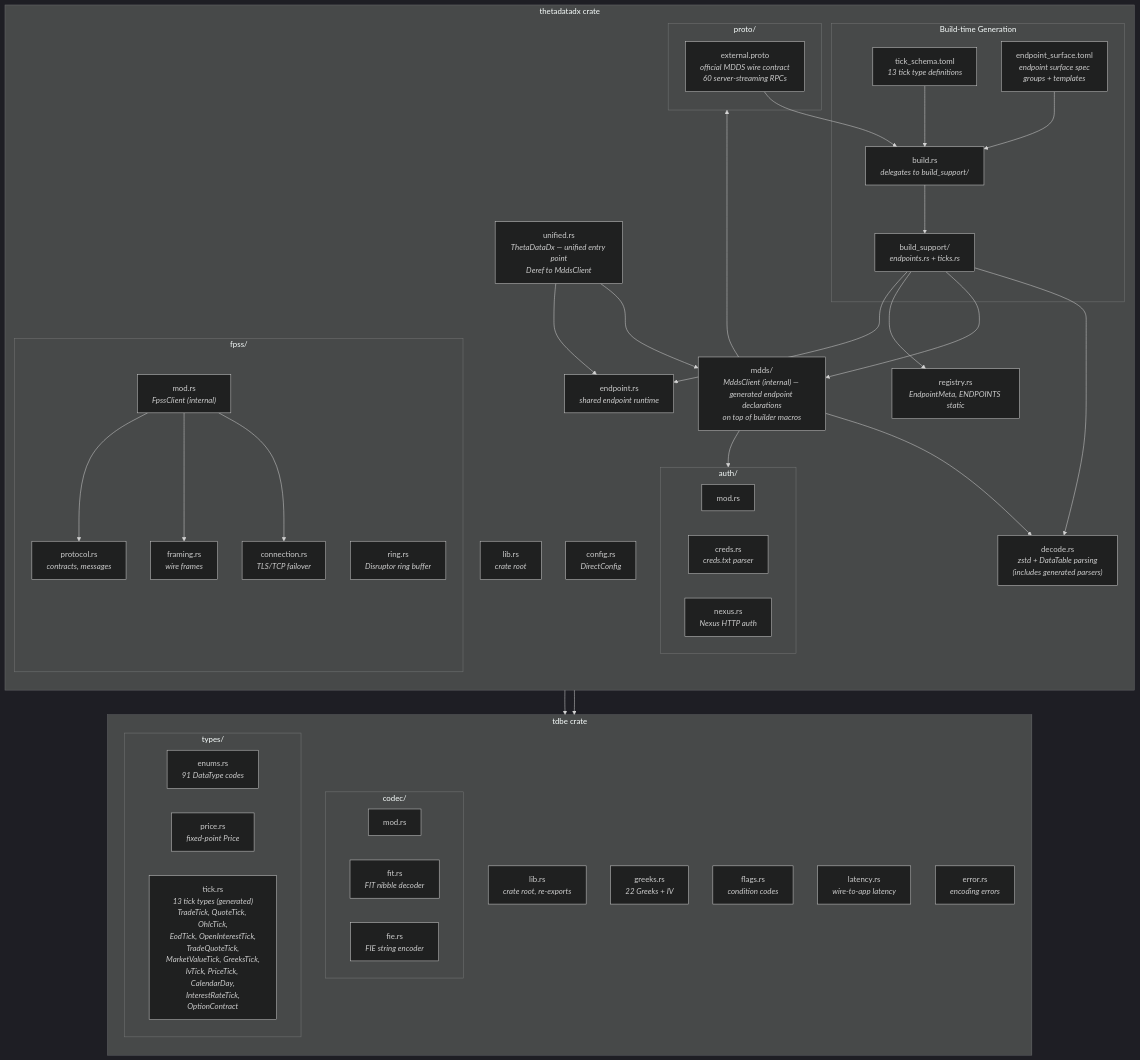
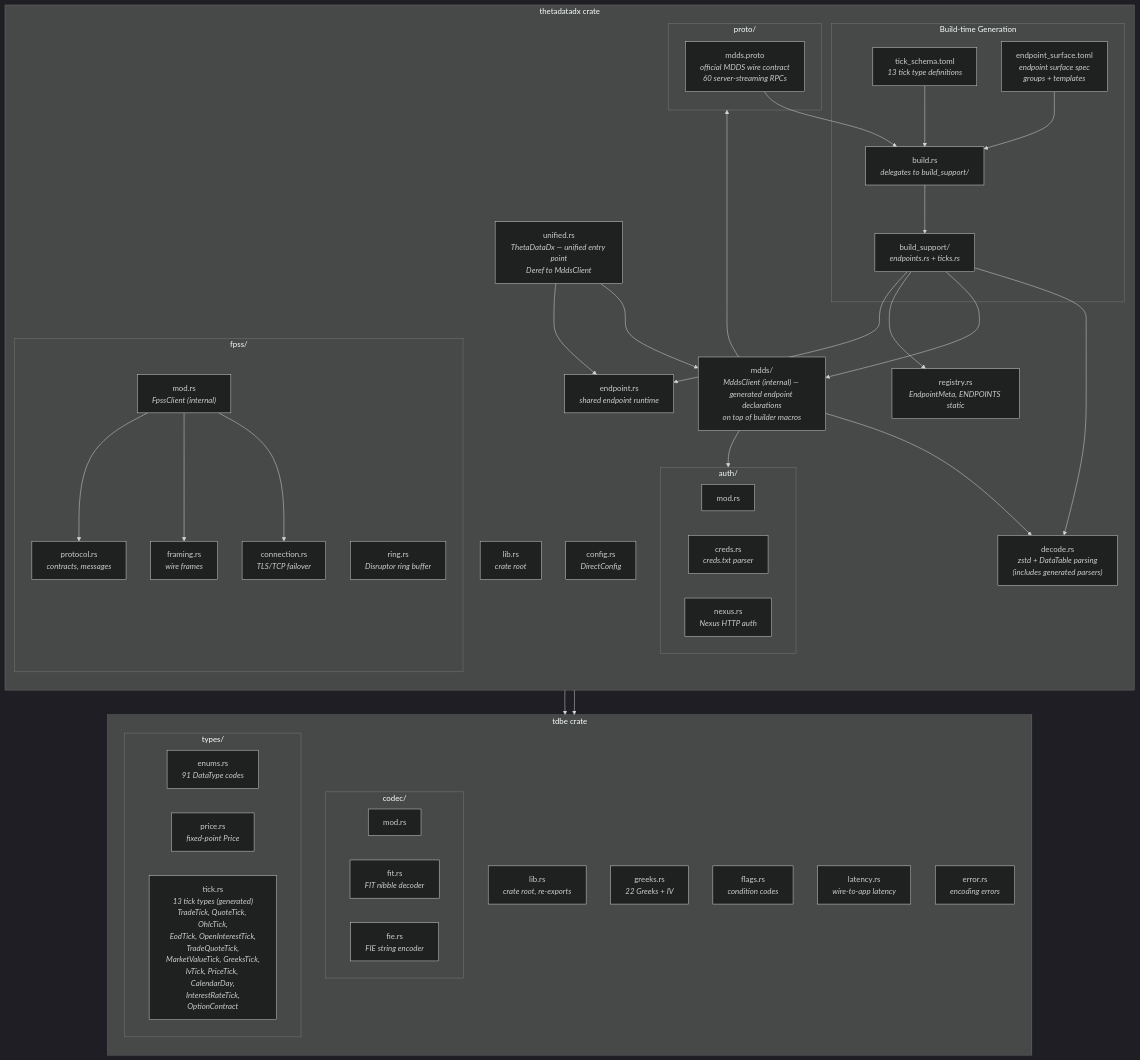
Diagram 15 of 15 in docs/architecture.md (userFRM/ThetaDataDx), drawn with Mermaid (dark theme) before and after one commit. The commit also changed other lines of this file and 16 other files, not shown here.

First line of the commit message:
refactor: rename external.proto -> mdds.proto (+ naming audit) (#385)

````diff
--- a/docs/architecture.md
+++ b/docs/architecture.md
@@ -510,80 +510,80 @@
 ```mermaid
 graph TD
     subgraph "tdbe crate"
         direction TB
         TDBE_LIB["lib.rs<br/><i>crate root, re-exports</i>"]
 
         subgraph tdbe_codec["codec/"]
             C_MOD["mod.rs"]
             C_FIT["fit.rs<br/><i>FIT nibble decoder</i>"]
             C_FIE["fie.rs<br/><i>FIE string encoder</i>"]
         end
 
         subgraph tdbe_types["types/"]
             T_ENUM["enums.rs<br/><i>91 DataType codes</i>"]
             T_PRICE["price.rs<br/><i>fixed-point Price</i>"]
             T_TICK["tick.rs<br/><i>13 tick types (generated)<br/>TradeTick, QuoteTick, OhlcTick,<br/>EodTick, OpenInterestTick,<br/>TradeQuoteTick,<br/>MarketValueTick, GreeksTick,<br/>IvTick, PriceTick, CalendarDay,<br/>InterestRateTick,<br/>OptionContract</i>"]
         end
 
         TDBE_GREEKS["greeks.rs<br/><i>22 Greeks + IV</i>"]
         TDBE_FLAGS["flags.rs<br/><i>condition codes</i>"]
         TDBE_LATENCY["latency.rs<br/><i>wire-to-app latency</i>"]
         TDBE_ERROR["error.rs<br/><i>encoding errors</i>"]
     end
 
     subgraph "thetadatadx crate"
         direction TB
         LIB["lib.rs<br/><i>crate root</i>"]
 
         subgraph auth["auth/"]
             A_MOD["mod.rs"]
             A_CREDS["creds.rs<br/><i>creds.txt parser</i>"]
             A_NEXUS["nexus.rs<br/><i>Nexus HTTP auth</i>"]
         end
 
         subgraph fpss["fpss/"]
             F_MOD["mod.rs<br/><i>FpssClient (internal)</i>"]
             F_CONN["connection.rs<br/><i>TLS/TCP failover</i>"]
             F_FRAME["framing.rs<br/><i>wire frames</i>"]
             F_PROTO["protocol.rs<br/><i>contracts, messages</i>"]
             F_RING["ring.rs<br/><i>Disruptor ring buffer</i>"]
         end
 
         UNIFIED["unified.rs<br/><i>ThetaDataDx — unified entry point<br/>Deref to MddsClient</i>"]
         DIRECT["mdds/<br/><i>MddsClient (internal) — generated endpoint declarations<br/>on top of builder macros</i>"]
         ENDPOINT_RT["endpoint.rs<br/><i>shared endpoint runtime</i>"]
         CONFIG["config.rs<br/><i>DirectConfig</i>"]
         DECODE["decode.rs<br/><i>zstd + DataTable parsing<br/>(includes generated parsers)</i>"]
         REGISTRY["registry.rs<br/><i>EndpointMeta, ENDPOINTS static</i>"]
 
         subgraph codegen["Build-time Generation"]
             SCHEMA["tick_schema.toml<br/><i>13 tick type definitions</i>"]
             SURFACE["endpoint_surface.toml<br/><i>endpoint surface spec<br/>groups + templates</i>"]
             BUILD["build.rs<br/><i>delegates to build_support/</i>"]
             SUPPORT["build_support/<br/><i>endpoints.rs + ticks.rs</i>"]
         end
 
         subgraph proto["proto/"]
-            P_EXT["external.proto<br/><i>official MDDS wire contract<br/>60 server-streaming RPCs</i>"]
+            P_EXT["mdds.proto<br/><i>official MDDS wire contract<br/>60 server-streaming RPCs</i>"]
         end
     end
 
     LIB --> TDBE_LIB
     UNIFIED --> DIRECT
     UNIFIED --> ENDPOINT_RT
     DIRECT --> auth
     DIRECT --> DECODE
     DIRECT --> proto
     SCHEMA --> BUILD
     SURFACE --> BUILD
     P_EXT --> BUILD
     BUILD --> SUPPORT
     SUPPORT --> DECODE
     SUPPORT --> DIRECT
     SUPPORT --> REGISTRY
     SUPPORT --> ENDPOINT_RT
     F_MOD --> tdbe_codec
     F_MOD --> F_CONN
     F_MOD --> F_FRAME
     F_MOD --> F_PROTO
 ```
````
